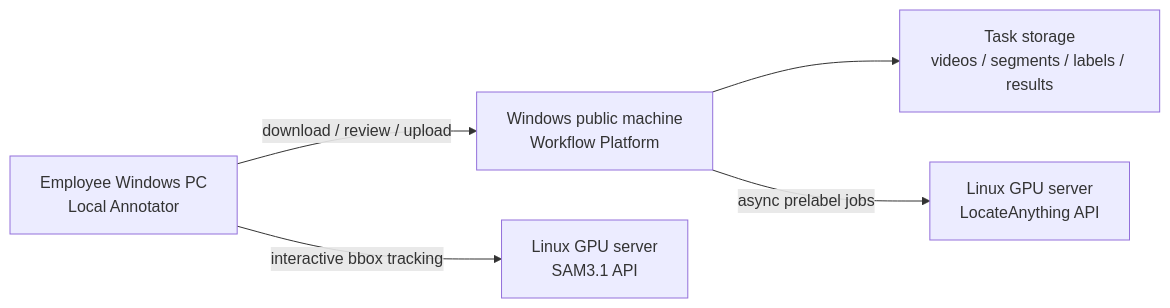
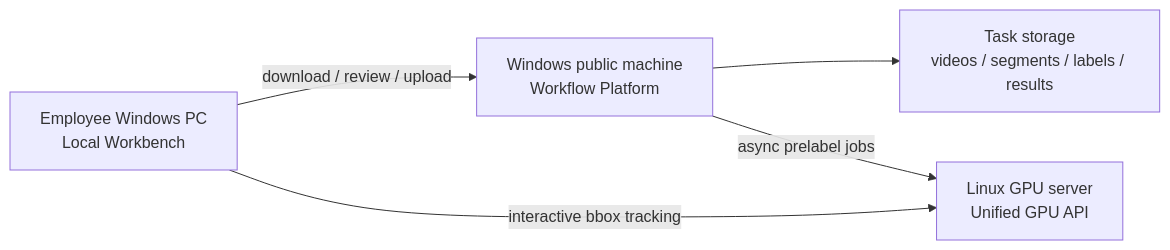
Before and after one commit to JasenZ2000/VideoAnnotate: the diagram in README.md, drawn with Mermaid. The commit also changed other lines of this file and 229 other files, not shown here.

````diff
--- a/README.md
+++ b/README.md
@@ -9,13 +9,12 @@
 ```mermaid
 flowchart LR
     P["Windows public machine<br/>Workflow Platform"]
-    L["Linux GPU server<br/>LocateAnything API"]
-    S["Linux GPU server<br/>SAM3.1 API"]
-    A["Employee Windows PC<br/>Local Annotator"]
+    G["Linux GPU server<br/>Unified GPU API"]
+    A["Employee Windows PC<br/>Local Workbench"]
     D["Task storage<br/>videos / segments / labels / results"]
 
     P --> D
-    P -->|"async prelabel jobs"| L
+    P -->|"async prelabel jobs"| G
     A -->|"download / review / upload"| P
-    A -->|"interactive bbox tracking"| S
+    A -->|"interactive bbox tracking"| G
 ```
````
